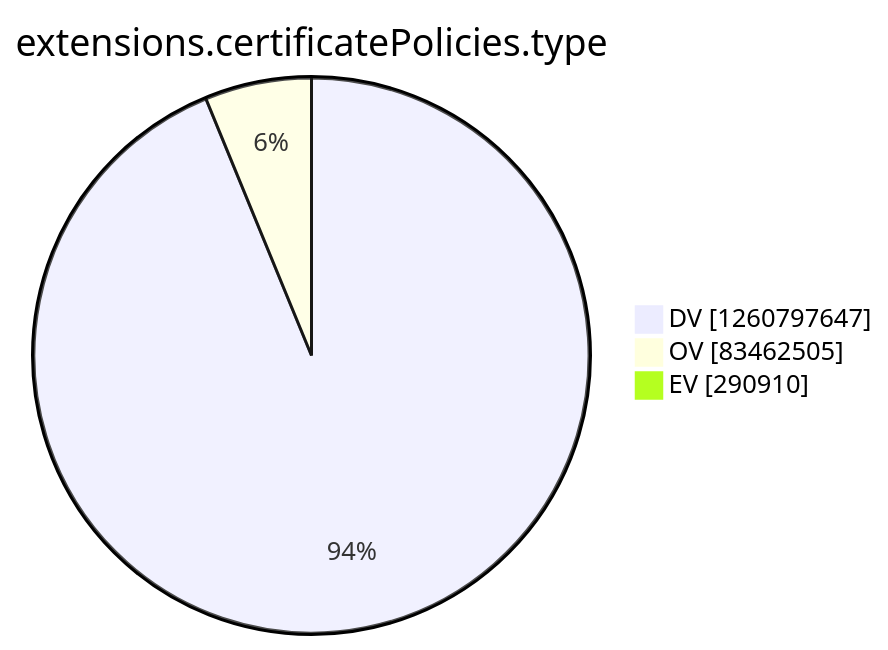
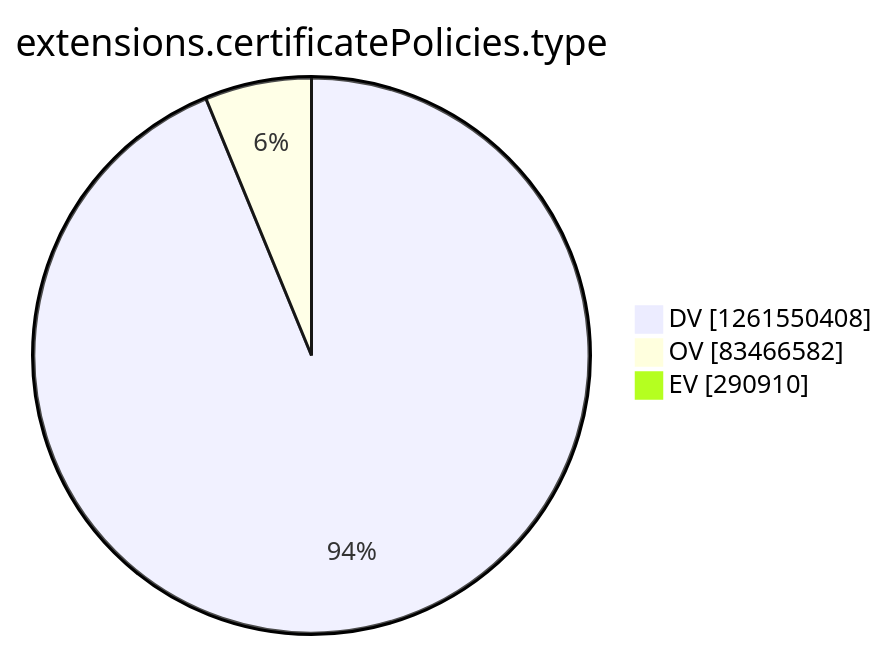
One commit to christiankrug/ctmonitor_visualization changed the tenth of 15 diagrams in argon2022/README.md. Above: the diagram before and after it, drawn with Mermaid. The commit also changed other lines of this file, not shown here.

````diff
--- a/argon2022/README.md
+++ b/argon2022/README.md
@@ -2771,7 +2771,7 @@
 ```mermaid
 pie showData
 title extensions.certificatePolicies.type
-"DV" :1260797647
-"OV" :83462505
+"DV" :1261550408
+"OV" :83466582
 "EV" :290910
 ```
````
